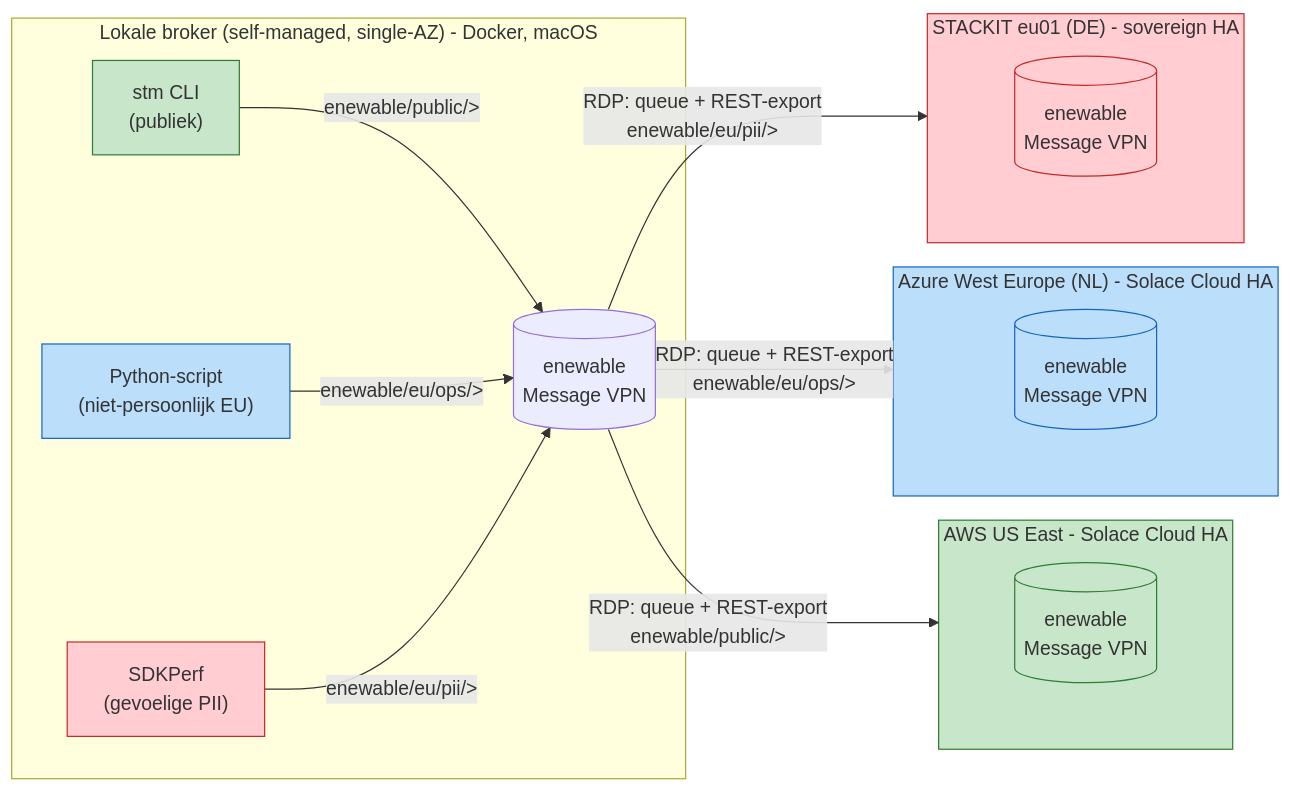
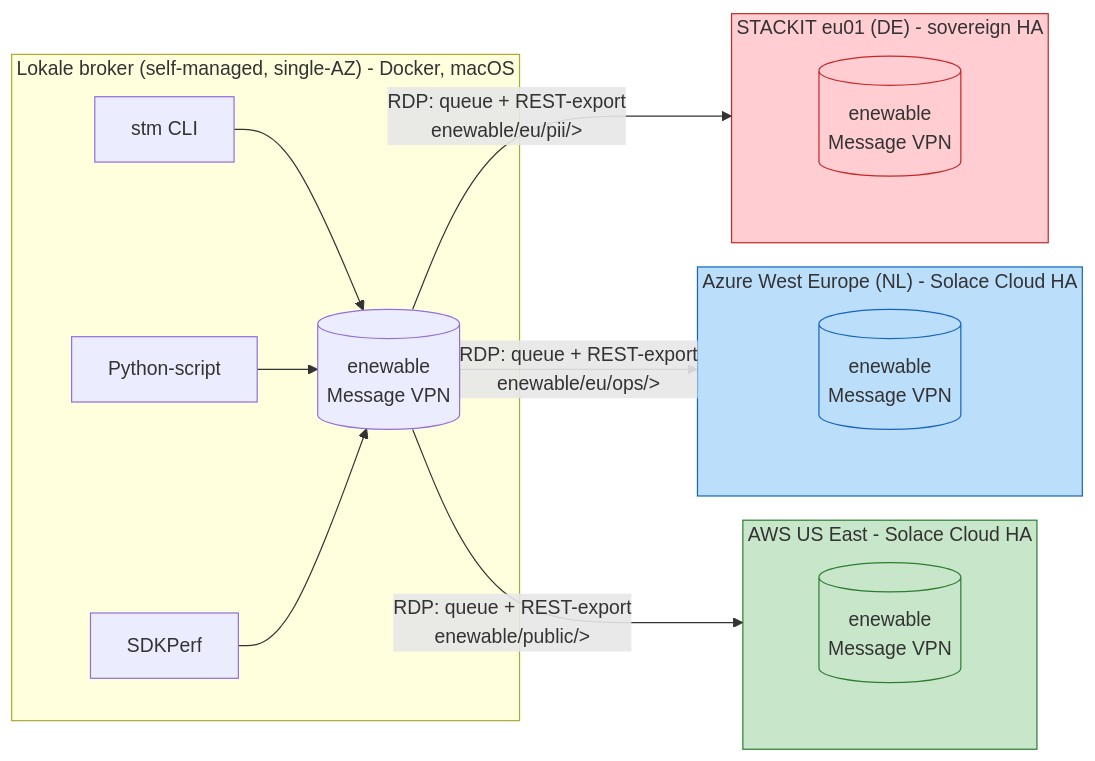
The diagram in topology/topologie.mmd (taatuut/dadd-2026-solace-stackit-soevereine-cloud), drawn with Mermaid before and after one commit. The commit also changed 17 other files, not shown here.

```diff
--- a/topology/topologie.mmd
+++ b/topology/topologie.mmd
@@ -1,35 +1,35 @@
 flowchart LR
     subgraph LOCAL["Lokale broker (self-managed, single-AZ) - Docker, macOS"]
         L[("enewable\nMessage VPN")]
-        STM["stm CLI\n(publiek)"]
-        PY["Python-script\n(niet-persoonlijk EU)"]
-        SDK["SDKPerf\n(gevoelige PII)"]
-        STM -- "enewable/public/>" --> L
-        PY -- "enewable/eu/ops/>" --> L
-        SDK -- "enewable/eu/pii/>" --> L
+        STM["stm CLI"]
+        PY["Python-script"]
+        SDK["SDKPerf"]
+        STM --> L
+        PY --> L
+        SDK --> L
     end
 
     L -- "RDP: queue + REST-export\nenewable/public/>" --> AWS
     L -- "RDP: queue + REST-export\nenewable/eu/ops/>" --> AZ
     L -- "RDP: queue + REST-export\nenewable/eu/pii/>" --> ST
 
     subgraph AWS["AWS US East - Solace Cloud HA"]
         AWSVPN[("enewable\nMessage VPN")]
     end
     subgraph AZ["Azure West Europe (NL) - Solace Cloud HA"]
         AZVPN[("enewable\nMessage VPN")]
     end
     subgraph ST["STACKIT eu01 (DE) - sovereign HA"]
         STVPN[("enewable\nMessage VPN")]
     end
 
     AWS --- AWSVPN
     AZ --- AZVPN
     ST --- STVPN
 
     classDef publiek fill:#c8e6c9,stroke:#2e7d32;
     classDef eu fill:#bbdefb,stroke:#1565c0;
     classDef pii fill:#ffcdd2,stroke:#c62828;
-    class STM,AWS,AWSVPN publiek
-    class PY,AZ,AZVPN eu
-    class SDK,ST,STVPN pii
+    class AWS,AWSVPN publiek
+    class AZ,AZVPN eu
+    class ST,STVPN pii
```
